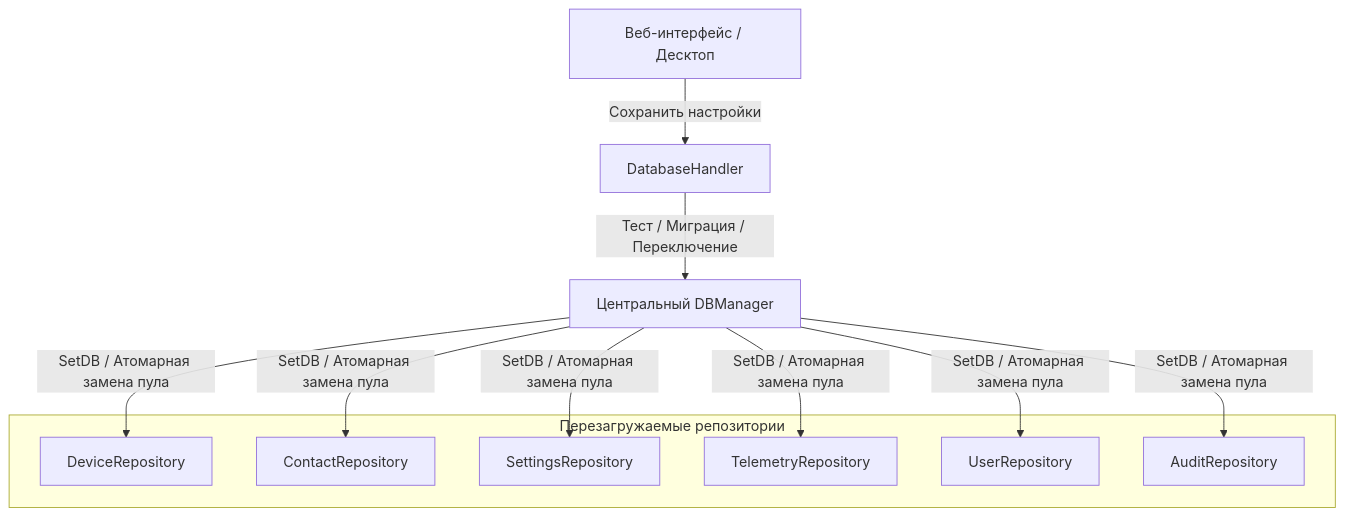
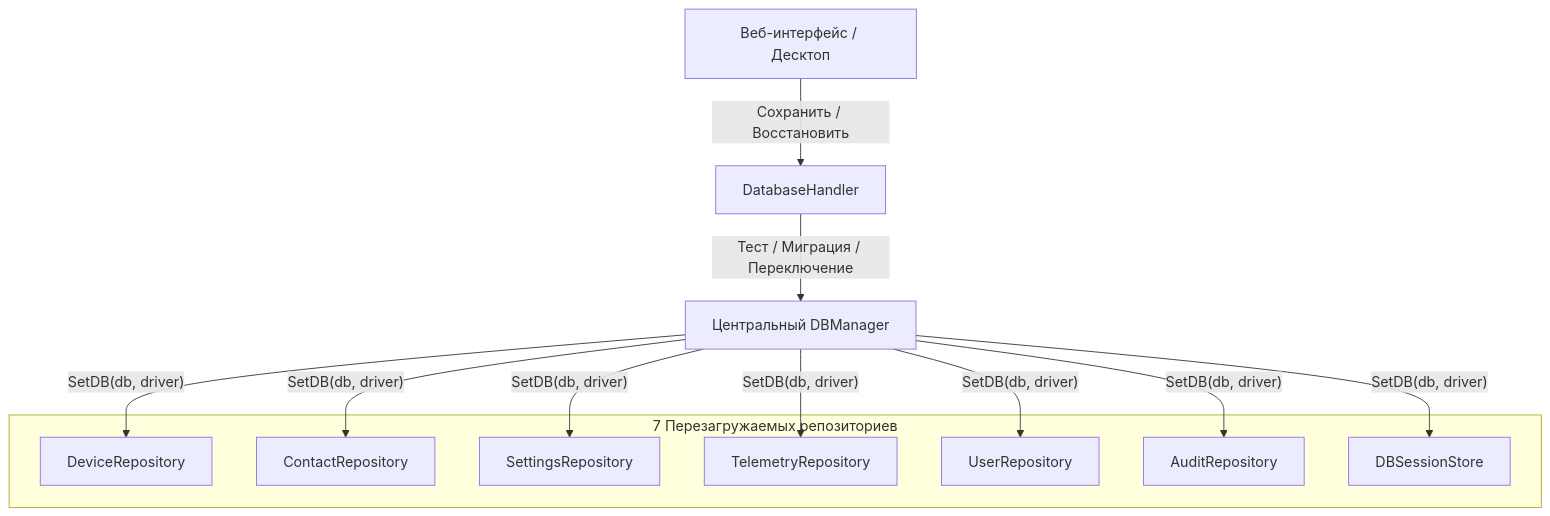
The diagram in docs/ru/database.md (Noxfort-Systems-Brazil/MONITOR), drawn with Mermaid before and after one commit. The commit also changed other lines of this file and 186 other files, not shown here.

````diff
--- a/docs/ru/database.md
+++ b/docs/ru/database.md
@@ -27,21 +25,23 @@
 ```mermaid
 graph TD
-    UI[Веб-интерфейс / Десктоп] -->|Сохранить настройки| DBHandler[DatabaseHandler]
+    UI[Веб-интерфейс / Десктоп] -->|Сохранить / Восстановить| DBHandler[DatabaseHandler]
     DBHandler -->|Тест / Миграция / Переключение| DBManager[Центральный DBManager]
-    
-    subgraph "Перезагружаемые репозитории"
+
+    subgraph "7 Перезагружаемых репозиториев"
         DeviceRepo[DeviceRepository]
         ContactRepo[ContactRepository]
         SettingsRepo[SettingsRepository]
         TelemetryRepo[TelemetryRepository]
         UserRepo[UserRepository]
         AuditRepo[AuditRepository]
+        SessionStore[DBSessionStore]
     end
-    
-    DBManager -->|SetDB / Атомарная замена пула| DeviceRepo
-    DBManager -->|SetDB / Атомарная замена пула| ContactRepo
-    DBManager -->|SetDB / Атомарная замена пула| SettingsRepo
-    DBManager -->|SetDB / Атомарная замена пула| TelemetryRepo
-    DBManager -->|SetDB / Атомарная замена пула| UserRepo
-    DBManager -->|SetDB / Атомарная замена пула| AuditRepo
+
+    DBManager -->|"SetDB(db, driver)"| DeviceRepo
+    DBManager -->|"SetDB(db, driver)"| ContactRepo
+    DBManager -->|"SetDB(db, driver)"| SettingsRepo
+    DBManager -->|"SetDB(db, driver)"| TelemetryRepo
+    DBManager -->|"SetDB(db, driver)"| UserRepo
+    DBManager -->|"SetDB(db, driver)"| AuditRepo
+    DBManager -->|"SetDB(db, driver)"| SessionStore
 ```
````
